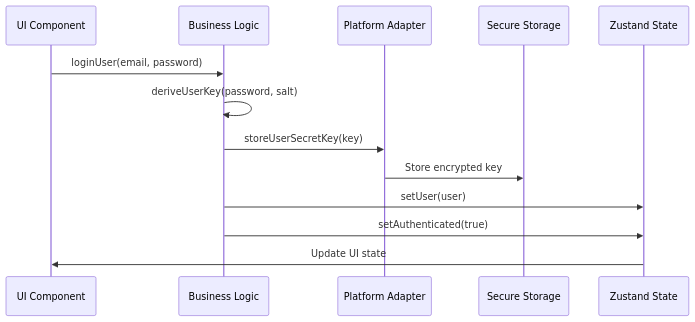
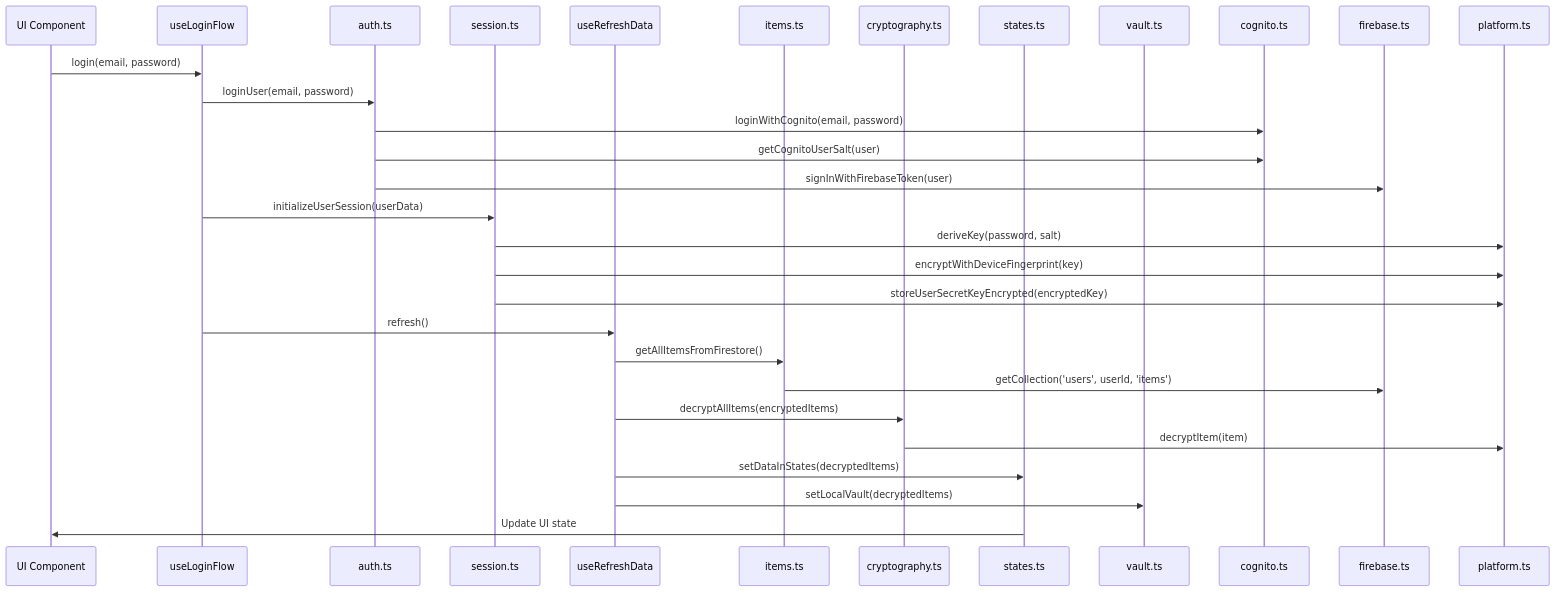
Before and after one commit to Bptmn/SimpliPass-Chrome-Extension: the first of 4 diagrams in ARCHITECTURE.md, drawn with Mermaid. The commit also changed other lines of this file and 355 other files, not shown here.

````diff
--- a/ARCHITECTURE.md
+++ b/ARCHITECTURE.md
@@ -57,16 +256,33 @@
 ```mermaid
 sequenceDiagram
     participant UI as UI Component
-    participant Logic as Business Logic
-    participant Adapter as Platform Adapter
-    participant Storage as Secure Storage
-    participant State as Zustand State
+    participant Hook as useLoginFlow
+    participant Auth as auth.ts
+    participant Session as session.ts
+    participant Refresh as useRefreshData
+    participant Items as items.ts
+    participant Crypto as cryptography.ts
+    participant States as states.ts
+    participant Vault as vault.ts
+    participant Cognito as cognito.ts
+    participant Firebase as firebase.ts
+    participant Platform as platform.ts
 
-    UI->>Logic: loginUser(email, password)
-    Logic->>Logic: deriveUserKey(password, salt)
-    Logic->>Adapter: storeUserSecretKey(key)
-    Adapter->>Storage: Store encrypted key
-    Logic->>State: setUser(user)
-    Logic->>State: setAuthenticated(true)
-    State->>UI: Update UI state
+    UI->>Hook: login(email, password)
+    Hook->>Auth: loginUser(email, password)
+    Auth->>Cognito: loginWithCognito(email, password)
+    Auth->>Cognito: getCognitoUserSalt(user)
+    Auth->>Firebase: signInWithFirebaseToken(user)
+    Hook->>Session: initializeUserSession(userData)
+    Session->>Platform: deriveKey(password, salt)
+    Session->>Platform: encryptWithDeviceFingerprint(key)
+    Session->>Platform: storeUserSecretKeyEncrypted(encryptedKey)
+    Hook->>Refresh: refresh()
+    Refresh->>Items: getAllItemsFromFirestore()
+    Items->>Firebase: getCollection('users', userId, 'items')
+    Refresh->>Crypto: decryptAllItems(encryptedItems)
+    Crypto->>Platform: decryptItem(item)
+    Refresh->>States: setDataInStates(decryptedItems)
+    Refresh->>Vault: setLocalVault(decryptedItems)
+    States->>UI: Update UI state
 ```
````
